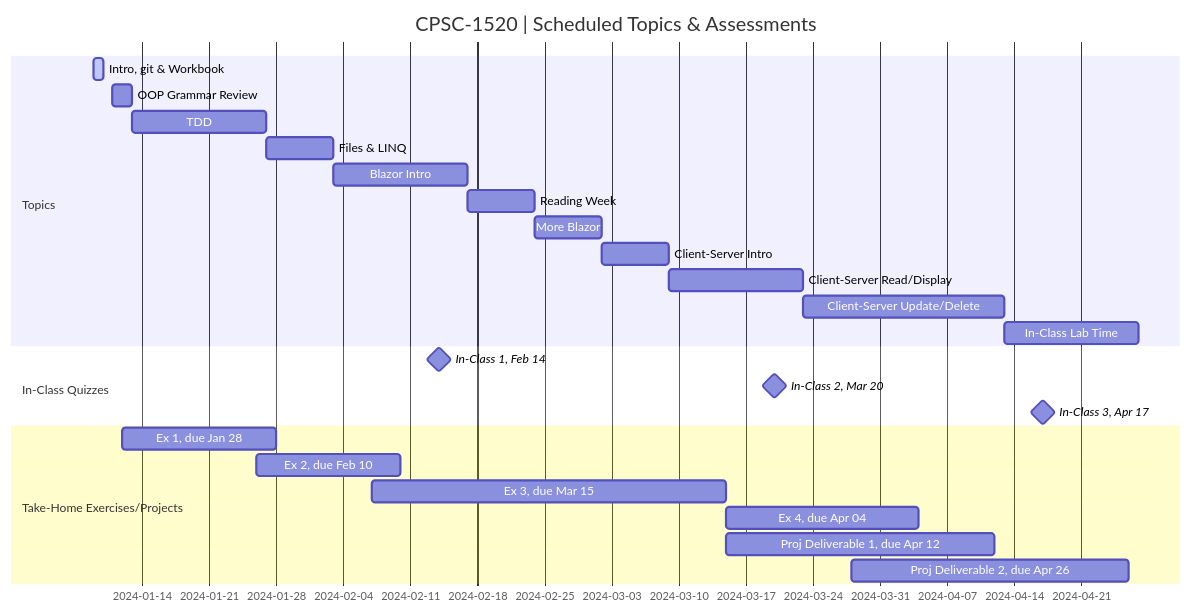
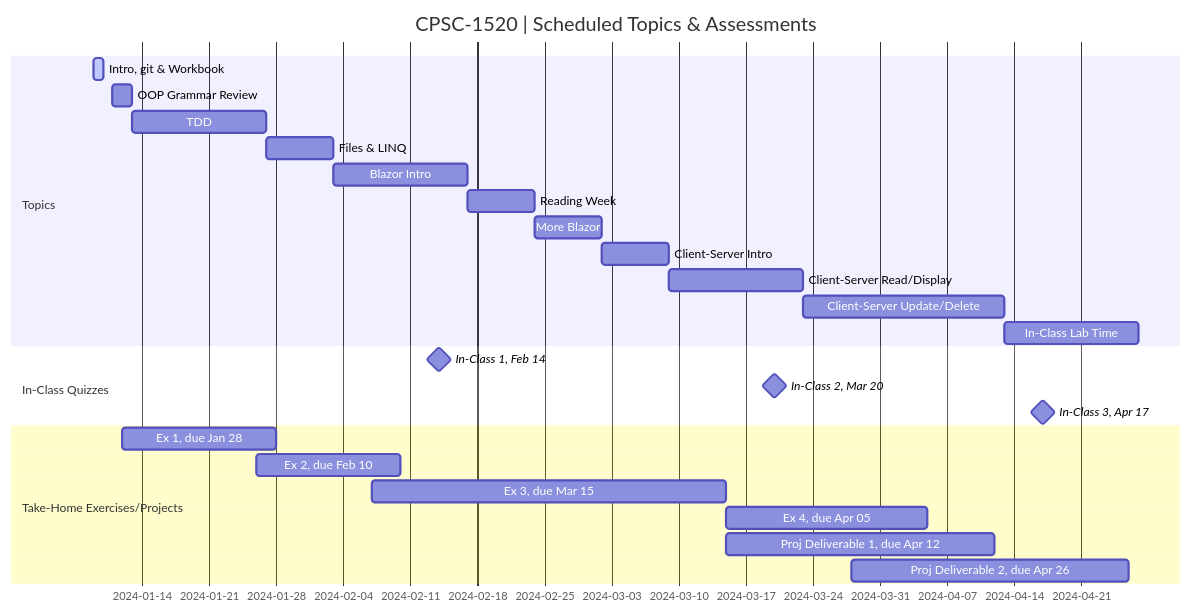
One commit to CPSC-1517/cpsc-1517-workbook-jan2024-a01-dgilleland changed the diagram in README.md. Above: the diagram before and after it, drawn with Mermaid.

Commit message:
Update Exercise 4 due date

````diff
--- a/README.md
+++ b/README.md
@@ -9,37 +9,37 @@
 ```mermaid
 gantt
     dateFormat  YYYY-MM-DD
     title       CPSC-1520 | Scheduled Topics & Assessments
     %% excludes    weekends
     %% (`excludes` accepts specific dates in YYYY-MM-DD format, days of the week ("sunday") or "weekends", but not the word "weekdays".)
 
     section Topics
     %% done - for finished tasks
     %% active - for current tasks
     %% crit - for red outline/background
     Intro, git & Workbook     :active,  part0, 2024-01-09, 2024-01-10
     OOP Grammar Review       :         part1, 2024-01-11, 2d
     TDD      :         part2, after part1, 14d
     Files & LINQ          :         part3, after part2, 7d
     Blazor Intro          :         part4, after part3, 14d
     Reading Week              :         break, after part4, 7d
     More Blazor          :         part5, after break, 7d
     Client-Server Intro :        part6, after part5, 7d
     Client-Server Read/Display :        part7, after part6, 14d
     Client-Server Update/Delete :       part8, after part7, 21d
     In-Class Lab Time :        part9, after part8, 14d
 
     section In-Class Quizzes
     In-Class 1, Feb 14 :  milestone, 2024-02-14, 0d
     In-Class 2, Mar 20 :  milestone, 2024-03-20, 0d
     In-Class 3, Apr 17 :  milestone, 2024-04-17, 0d
 
     section Take-Home Exercises/Projects
     Ex 1, due Jan 28 : 2024-01-12, 2024-01-28
     Ex 2, due Feb 10 : 2024-01-26, 2024-02-10
     Ex 3, due Mar 15 : 2024-02-07, 2024-03-15
-    Ex 4, due Apr 04 : 2024-03-15, 2024-04-04
+    Ex 4, due Apr 05 : 2024-03-15, 2024-04-05
     Proj Deliverable 1, due Apr 12 : 2024-03-15, 2024-04-12
     Proj Deliverable 2, due Apr 26 : 2024-03-28, 2024-04-26
 
 ```
````
